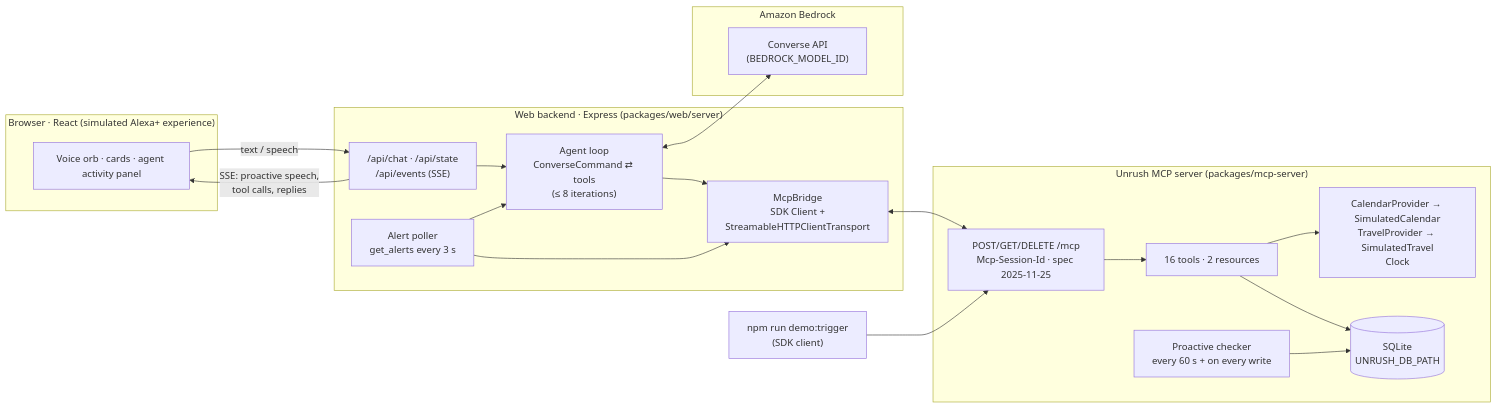
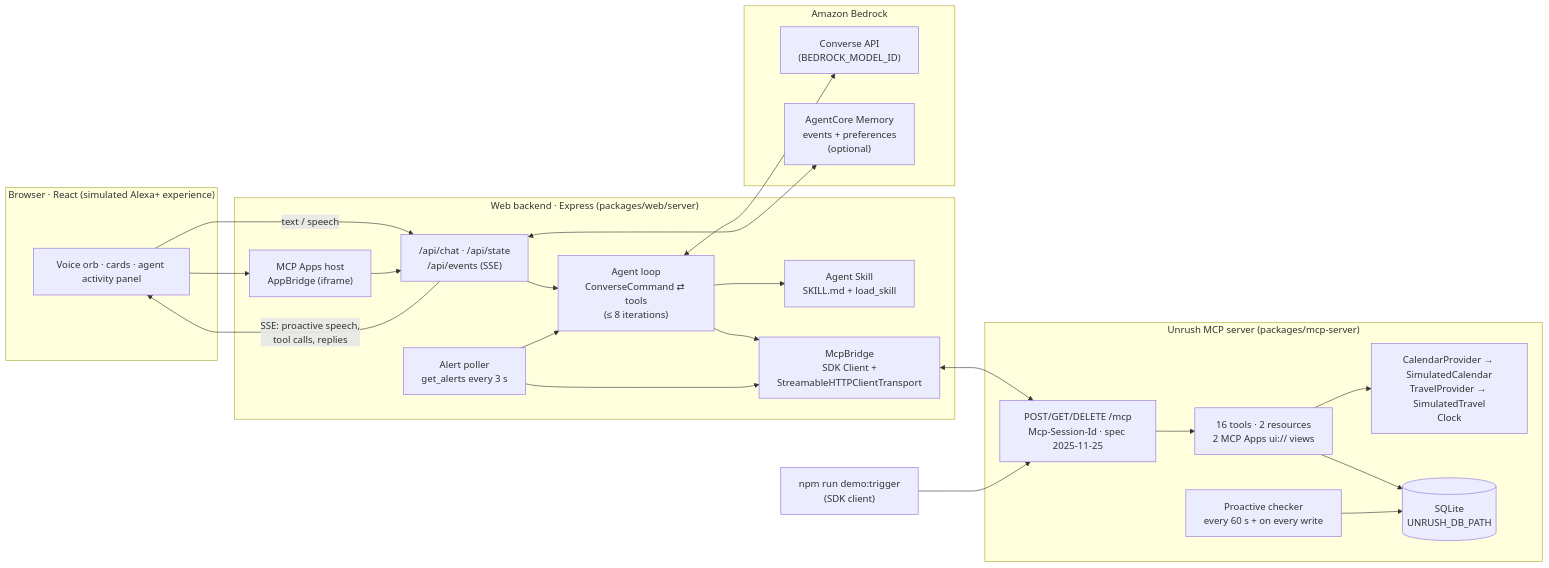
The diagram in README.md (codergirl73/unrush), drawn with Mermaid before and after one commit. The commit also changed other lines of this file and 5 other files, not shown here.

First line of the commit message:
docs: MCP Apps, Agent Skill and AgentCore Memory

````diff
--- a/README.md
+++ b/README.md
@@ -28,36 +30,43 @@
 ```mermaid
 flowchart LR
   subgraph Browser["Browser · React (simulated Alexa+ experience)"]
     UI["Voice orb · cards · agent activity panel"]
   end
   subgraph Web["Web backend · Express (packages/web/server)"]
     API["/api/chat · /api/state<br/>/api/events (SSE)"]
     Agent["Agent loop<br/>ConverseCommand ⇄ tools<br/>(≤ 8 iterations)"]
     Poller["Alert poller<br/>get_alerts every 3 s"]
+    Skills["Agent Skill<br/>SKILL.md + load_skill"]
+    AppsHost["MCP Apps host<br/>AppBridge (iframe)"]
     Bridge["McpBridge<br/>SDK Client +<br/>StreamableHTTPClientTransport"]
   end
   subgraph AWS["Amazon Bedrock"]
     Converse["Converse API<br/>(BEDROCK_MODEL_ID)"]
+    ACMem["AgentCore Memory<br/>events + preferences<br/>(optional)"]
   end
   subgraph MCP["Unrush MCP server (packages/mcp-server)"]
     HTTP["POST/GET/DELETE /mcp<br/>Mcp-Session-Id · spec 2025-11-25"]
-    Tools["16 tools · 2 resources"]
+    Tools["16 tools · 2 resources<br/>2 MCP Apps ui:// views"]
     Engine["Proactive checker<br/>every 60 s + on every write"]
     Providers["CalendarProvider → SimulatedCalendar<br/>TravelProvider → SimulatedTravel<br/>Clock"]
     DB[("SQLite<br/>UNRUSH_DB_PATH")]
   end
 
   UI -- "text / speech" --> API
   API -- "SSE: proactive speech,<br/>tool calls, replies" --> UI
   API --> Agent
   Poller --> Agent
   Agent <--> Converse
+  Agent --> Skills
+  API <--> ACMem
+  UI --> AppsHost
+  AppsHost --> API
   Agent --> Bridge
   Poller --> Bridge
   Bridge <--> HTTP
   HTTP --> Tools
   Tools --> DB
   Tools --> Providers
   Engine --> DB
   Trigger["npm run demo:trigger<br/>(SDK client)"] --> HTTP
 ```
````
